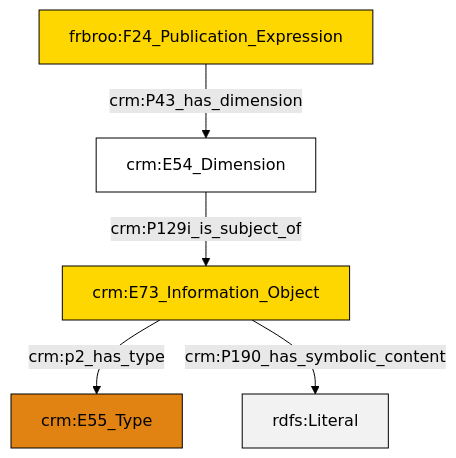
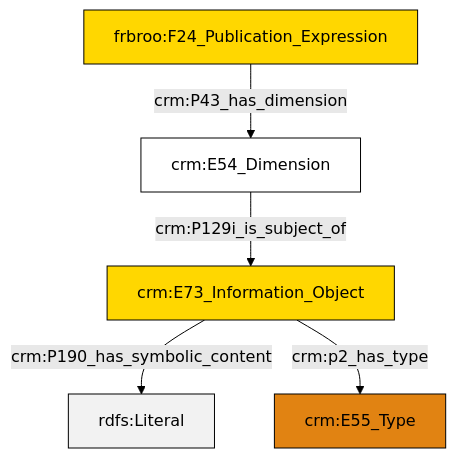
The diagram in et/biblioCSV/ttl/mmd/biblio_substance.ttl.mmd (ncarboni/srdm), drawn with Mermaid (forest theme) before and after one commit. The commit also changed 187 other files, not shown here.

```diff
--- a/et/biblioCSV/ttl/mmd/biblio_substance.ttl.mmd
+++ b/et/biblioCSV/ttl/mmd/biblio_substance.ttl.mmd
@@ -1,19 +1,19 @@
 graph TD
 classDef Literal fill:#f2f2f2,stroke:#000000;
 classDef CRM_Entity fill:#FFFFFF,stroke:#000000;
 classDef Temporal_Entity fill:#00C9E6, stroke:#000000;
 classDef Type fill:#E18312, stroke:#000000;
 classDef Time-Span fill:#2C9C91, stroke:#000000;
 classDef Appellation fill:#FFEB7F, stroke:#000000;
 classDef Place fill:#008836, stroke:#000000;
 classDef Persistent_Item fill:#B266B2, stroke:#000000;
 classDef Conceptual_Object fill:#FFD700, stroke:#000000;
 classDef Physical_Thing fill:#D2B48C, stroke:#000000;
 classDef Actor fill:#f58aad, stroke:#000000;
 classDef PC_Classes fill:#4ce600, stroke:#000000;
 classDef Multi fill:#cccccc,stroke:#000000;
 
-0["frbroo:F24_Publication_Expression"]:::Conceptual_Object -->|crm:P43_has_dimension| 4["crm:E54_Dimension"]:::CRM_Entity
-2["crm:E73_Information_Object"]:::Conceptual_Object -->|crm:p2_has_type| 5["crm:E55_Type"]:::Type
-4["crm:E54_Dimension"]:::CRM_Entity -->|crm:P129i_is_subject_of| 2["crm:E73_Information_Object"]:::Conceptual_Object
-2["crm:E73_Information_Object"]:::Conceptual_Object -->|crm:P190_has_symbolic_content| 8[rdfs:Literal]:::Literal
+0["crm:E73_Information_Object"]:::Conceptual_Object -->|crm:P190_has_symbolic_content| 1[rdfs:Literal]:::Literal
+2["frbroo:F24_Publication_Expression"]:::Conceptual_Object -->|crm:P43_has_dimension| 3["crm:E54_Dimension"]:::CRM_Entity
+3["crm:E54_Dimension"]:::CRM_Entity -->|crm:P129i_is_subject_of| 0["crm:E73_Information_Object"]:::Conceptual_Object
+0["crm:E73_Information_Object"]:::Conceptual_Object -->|crm:p2_has_type| 5["crm:E55_Type"]:::Type
```
